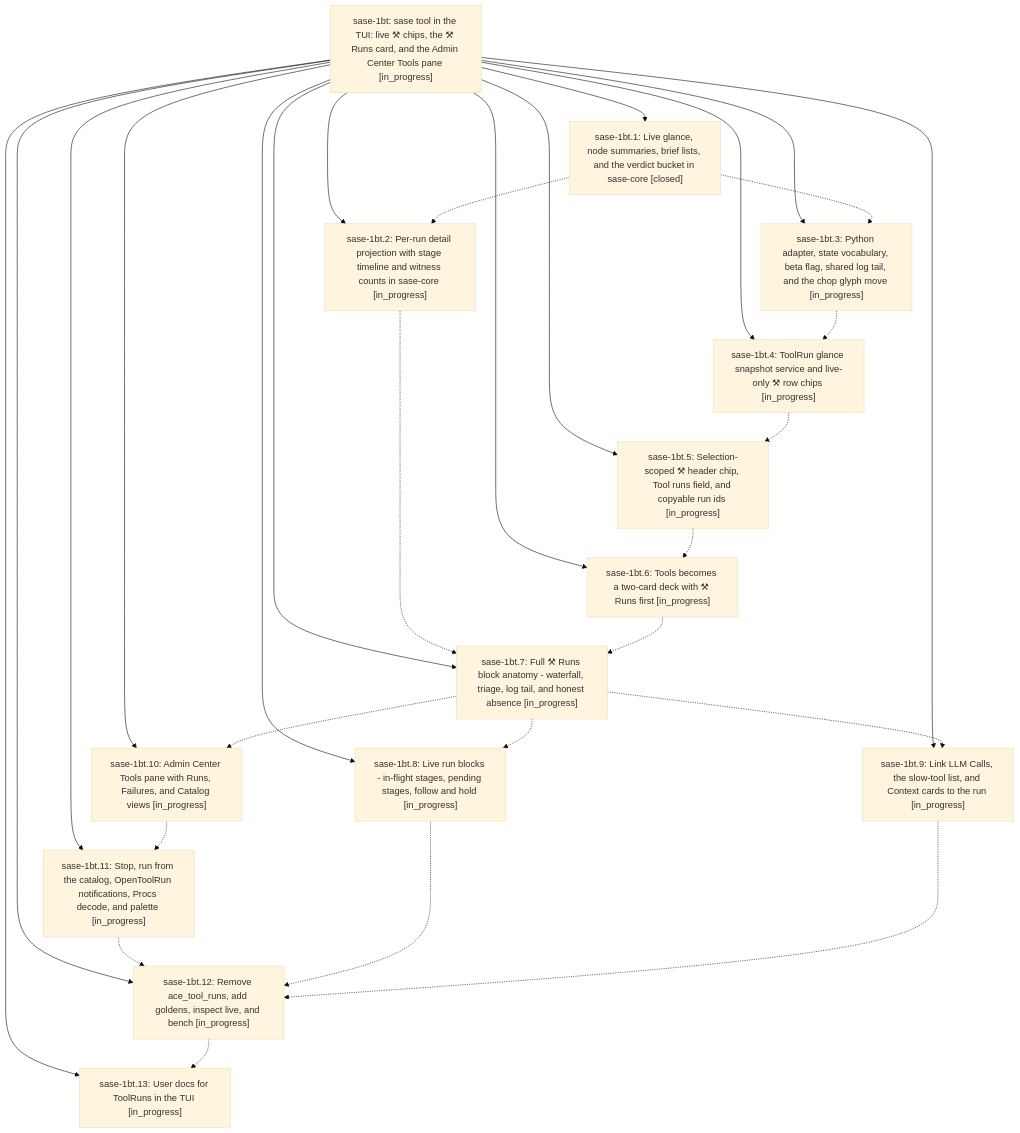
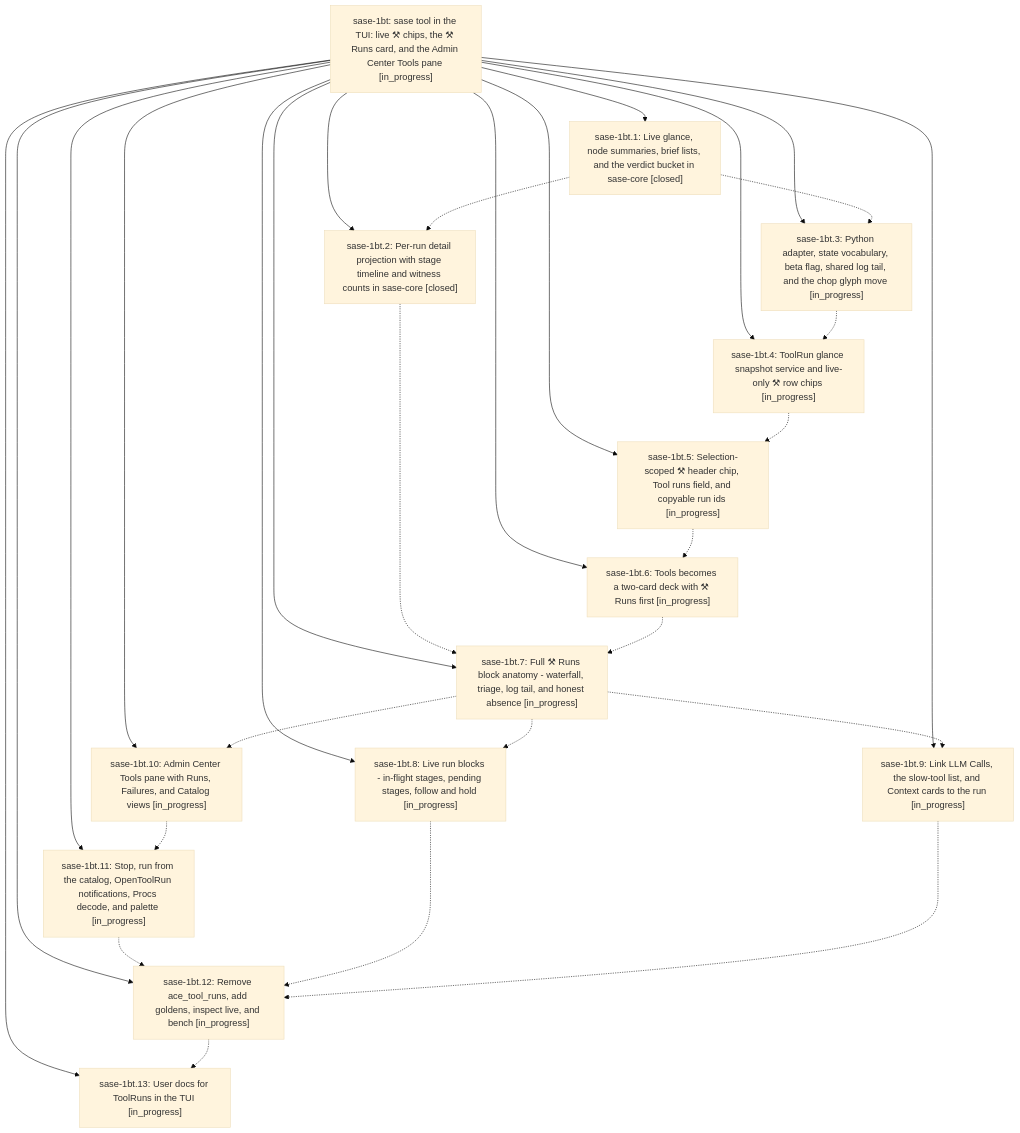
The diagram in pages/sase-1bt/README.md (sase-org/sase--beads), drawn with Mermaid (base theme) before and after one commit. The commit also changed other lines of this file and 3 other files, not shown here.

````diff
--- a/pages/sase-1bt/README.md
+++ b/pages/sase-1bt/README.md
@@ -34,45 +46,45 @@
 ```mermaid
 flowchart TD
     n0["sase-1bt: sase tool in the TUI: live ⚒ chips, the ⚒ Runs card, and the Admin Center Tools pane [in_progress]"]
     n1["sase-1bt.1: Live glance, node summaries, brief lists, and the verdict bucket in sase-core [closed]"]
     n2["sase-1bt.10: Admin Center Tools pane with Runs, Failures, and Catalog views [in_progress]"]
     n3["sase-1bt.11: Stop, run from the catalog, OpenToolRun notifications, Procs decode, and palette [in_progress]"]
     n4["sase-1bt.12: Remove ace_tool_runs, add goldens, inspect live, and bench [in_progress]"]
     n5["sase-1bt.13: User docs for ToolRuns in the TUI [in_progress]"]
-    n6["sase-1bt.2: Per-run detail projection with stage timeline and witness counts in sase-core [in_progress]"]
+    n6["sase-1bt.2: Per-run detail projection with stage timeline and witness counts in sase-core [closed]"]
     n7["sase-1bt.3: Python adapter, state vocabulary, beta flag, shared log tail, and the chop glyph move [in_progress]"]
     n8["sase-1bt.4: ToolRun glance snapshot service and live-only ⚒ row chips [in_progress]"]
     n9["sase-1bt.5: Selection-scoped ⚒ header chip, Tool runs field, and copyable run ids [in_progress]"]
     n10["sase-1bt.6: Tools becomes a two-card deck with ⚒ Runs first [in_progress]"]
     n11["sase-1bt.7: Full ⚒ Runs block anatomy - waterfall, triage, log tail, and honest absence [in_progress]"]
     n12["sase-1bt.8: Live run blocks - in-flight stages, pending stages, follow and hold [in_progress]"]
     n13["sase-1bt.9: Link LLM Calls, the slow-tool list, and Context cards to the run [in_progress]"]
     n0 --> n1
     n0 --> n2
     n0 --> n3
     n0 --> n4
     n0 --> n5
     n0 --> n6
     n0 --> n7
     n0 --> n8
     n0 --> n9
     n0 --> n10
     n0 --> n11
     n0 --> n12
     n0 --> n13
     n1 -.-> n6
     n1 -.-> n7
     n2 -.-> n3
     n3 -.-> n4
     n4 -.-> n5
     n6 -.-> n11
     n7 -.-> n8
     n8 -.-> n9
     n9 -.-> n10
     n10 -.-> n11
     n11 -.-> n2
     n11 -.-> n12
     n11 -.-> n13
     n12 -.-> n4
     n13 -.-> n4
 ```
````
